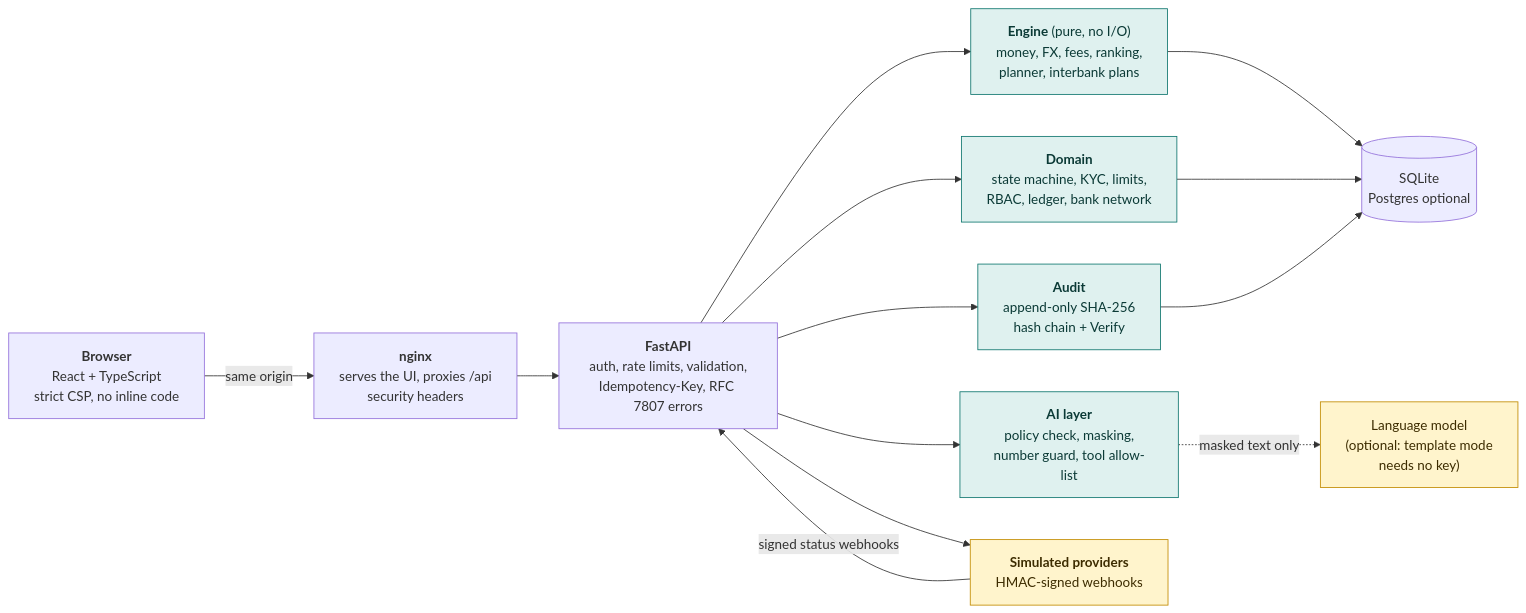
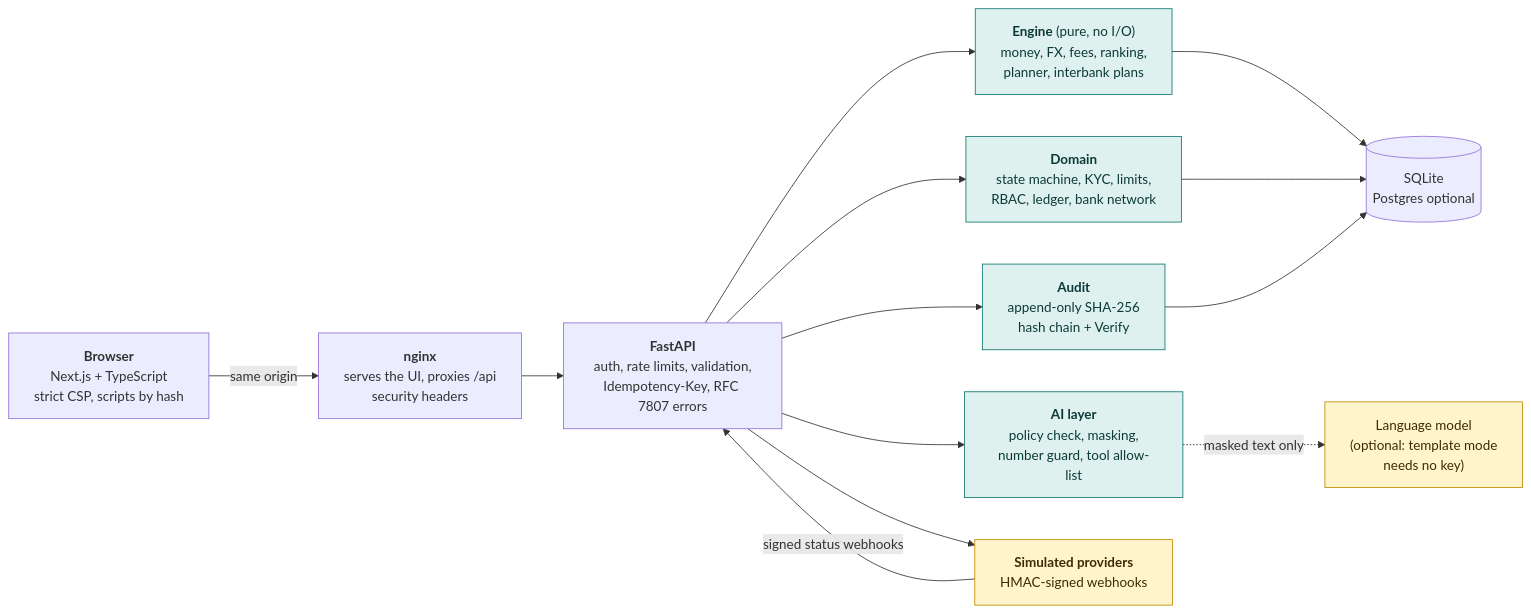
Before and after one commit to NoobCrow/StudyRoute: the diagram in docs/diagrams/architecture.mmd, drawn with Mermaid. The commit also changed 119 other files, not shown here.

```diff
--- a/docs/diagrams/architecture.mmd
+++ b/docs/diagrams/architecture.mmd
@@ -1,28 +1,28 @@
 flowchart LR
-  B["<b>Browser</b><br/>React + TypeScript<br/>strict CSP, no inline code"]
+  B["<b>Browser</b><br/>Next.js + TypeScript<br/>strict CSP, scripts by hash"]
   N["<b>nginx</b><br/>serves the UI, proxies /api<br/>security headers"]
   A["<b>FastAPI</b><br/>auth, rate limits, validation,<br/>Idempotency-Key, RFC 7807 errors"]
   E["<b>Engine</b> (pure, no I/O)<br/>money, FX, fees, ranking,<br/>planner, interbank plans"]
   D["<b>Domain</b><br/>state machine, KYC, limits,<br/>RBAC, ledger, bank network"]
   AI["<b>AI layer</b><br/>policy check, masking,<br/>number guard, tool allow-list"]
   AU["<b>Audit</b><br/>append-only SHA-256<br/>hash chain + Verify"]
   P["<b>Simulated providers</b><br/>HMAC-signed webhooks"]
   DB[("SQLite<br/>Postgres optional")]
   LLM["Language model<br/>(optional: template mode<br/>needs no key)"]
 
   B -->|"same origin"| N --> A
   A --> E
   A --> D
   A --> AI
   A --> AU
   A --> P
   E --> DB
   D --> DB
   AU --> DB
   P -->|"signed status webhooks"| A
   AI -.->|"masked text only"| LLM
 
   classDef sandbox fill:#fff4cc,stroke:#c28b00,color:#3d2c00
   classDef core fill:#dff1ef,stroke:#0f766e,color:#0b3a36
   class P,LLM sandbox
   class E,D,AI,AU core
```
